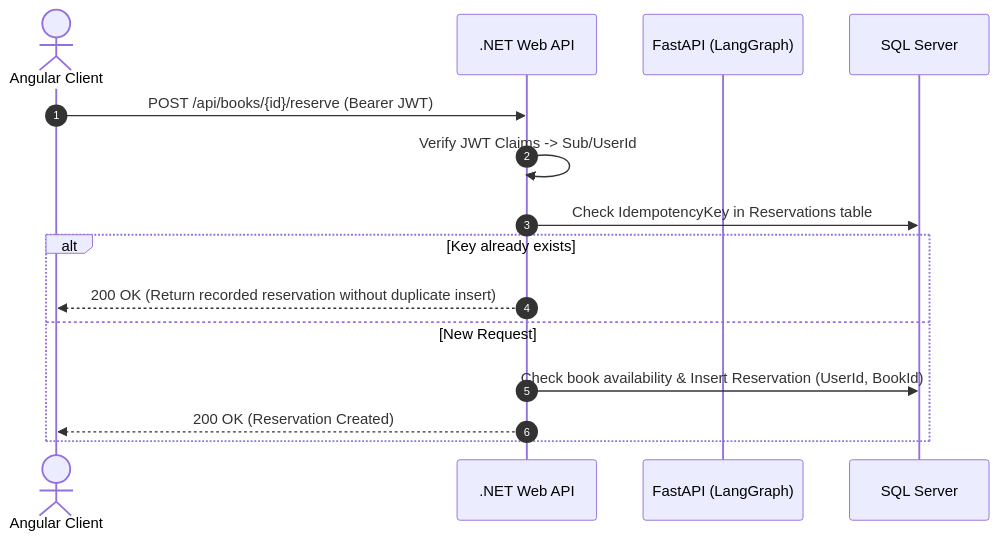
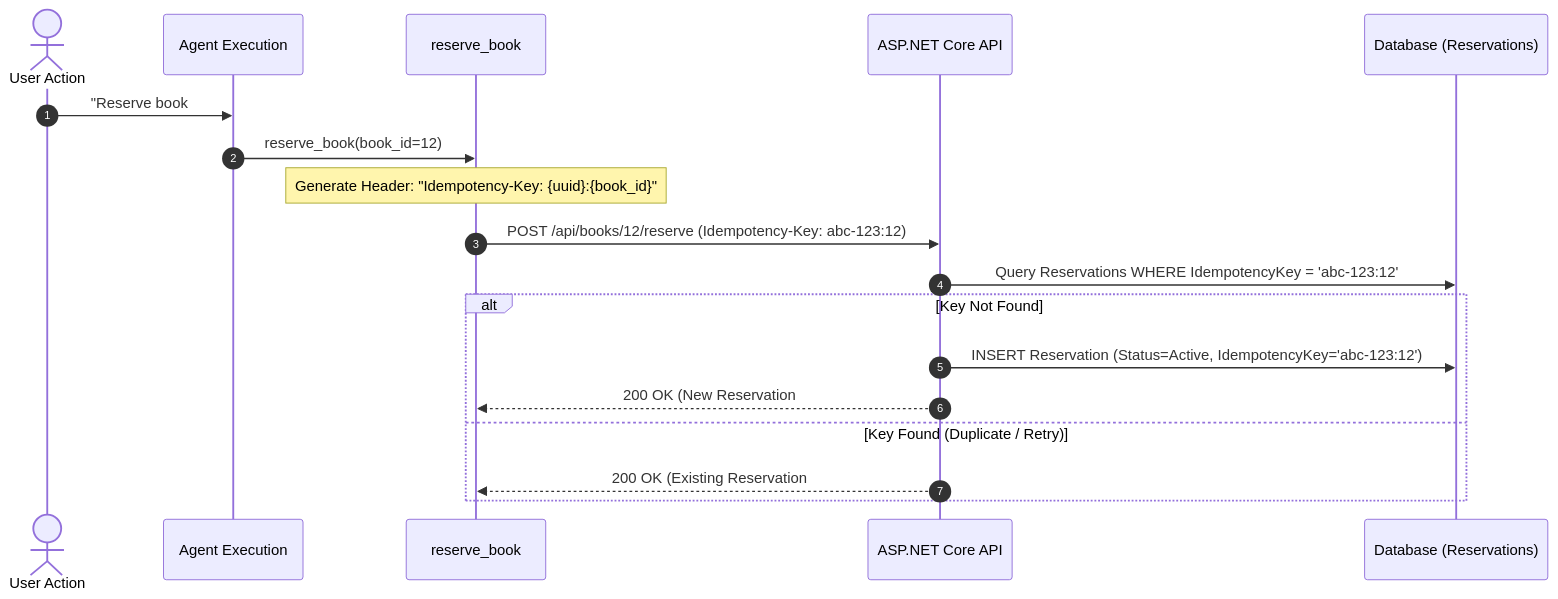
Before and after one commit to Qasimabbasi786/AI-Software-Development-Internship-NexaSolutions: the second of 2 diagrams in Week_07/Week_07_PartB_SecureTools/README.md, drawn with Mermaid. The commit also changed other lines of this file, not shown here.

Commit message:
docs: expand Part B secure tool blueprints, credential isolation and error protocols

````diff
--- a/Week_07/Week_07_PartB_SecureTools/README.md
+++ b/Week_07/Week_07_PartB_SecureTools/README.md
@@ -32,18 +177,21 @@
 ```mermaid
 sequenceDiagram
     autonumber
-    actor User as Angular Client
-    participant Net as .NET Web API
-    participant AI as FastAPI (LangGraph)
-    participant DB as SQL Server
+    actor User as User Action
+    participant Agent as Agent Execution
+    participant Tool as reserve_book
+    participant API as ASP.NET Core API
+    participant DB as Database (Reservations)
 
-    User->>Net: POST /api/books/{id}/reserve (Bearer JWT)
-    Net->>Net: Verify JWT Claims -> Sub/UserId
-    Net->>DB: Check IdempotencyKey in Reservations table
-    alt Key already exists
-        Net-->>User: 200 OK (Return recorded reservation without duplicate insert)
-    else New Request
-        Net->>DB: Check book availability & Insert Reservation (UserId, BookId)
-        Net-->>User: 200 OK (Reservation Created)
+    User->>Agent: "Reserve book #12"
+    Agent->>Tool: reserve_book(book_id=12)
+    Note over Tool: Generate Header: "Idempotency-Key: {uuid}:{book_id}"
+    Tool->>API: POST /api/books/12/reserve (Idempotency-Key: abc-123:12)
+    API->>DB: Query Reservations WHERE IdempotencyKey = 'abc-123:12'
+    alt Key Not Found
+        API->>DB: INSERT Reservation (Status=Active, IdempotencyKey='abc-123:12')
+        API-->>Tool: 200 OK (New Reservation #88)
+    else Key Found (Duplicate / Retry)
+        API-->>Tool: 200 OK (Existing Reservation #88 - Idempotent replay)
     end
 ```
````
